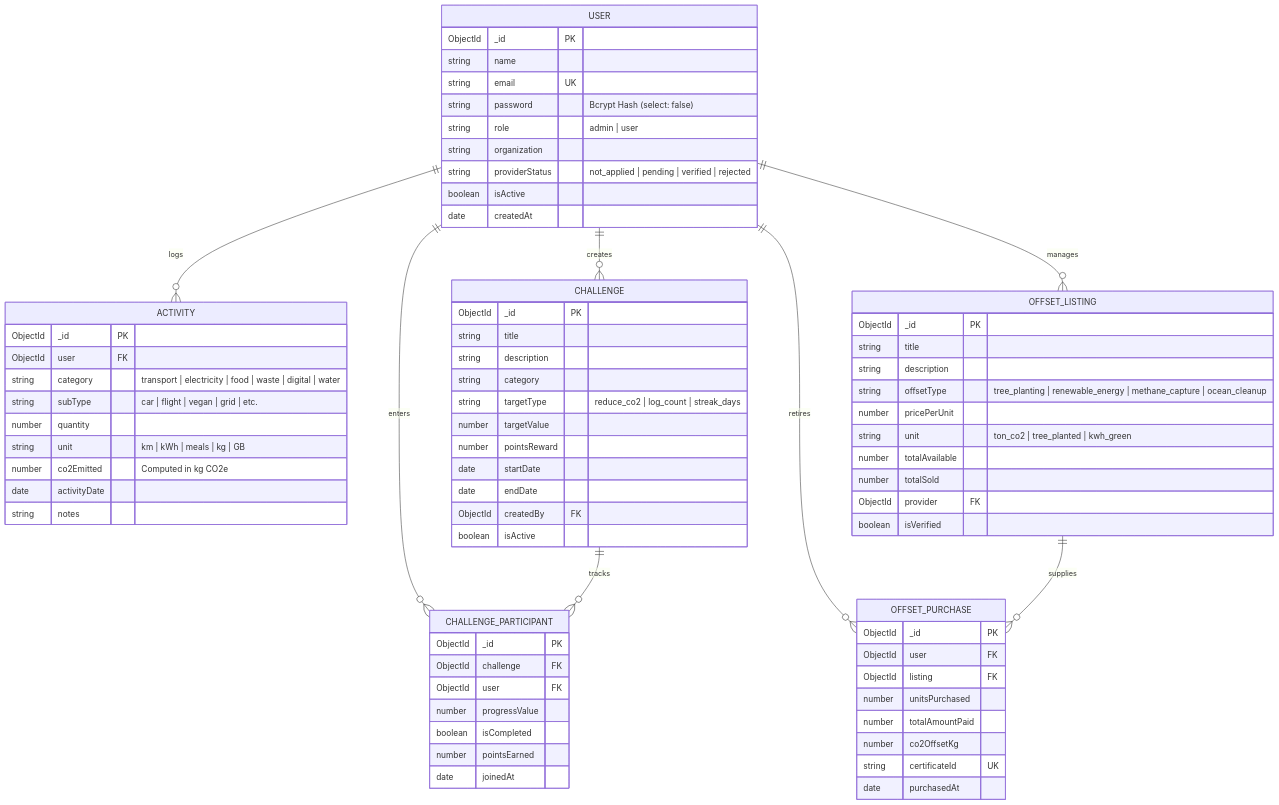
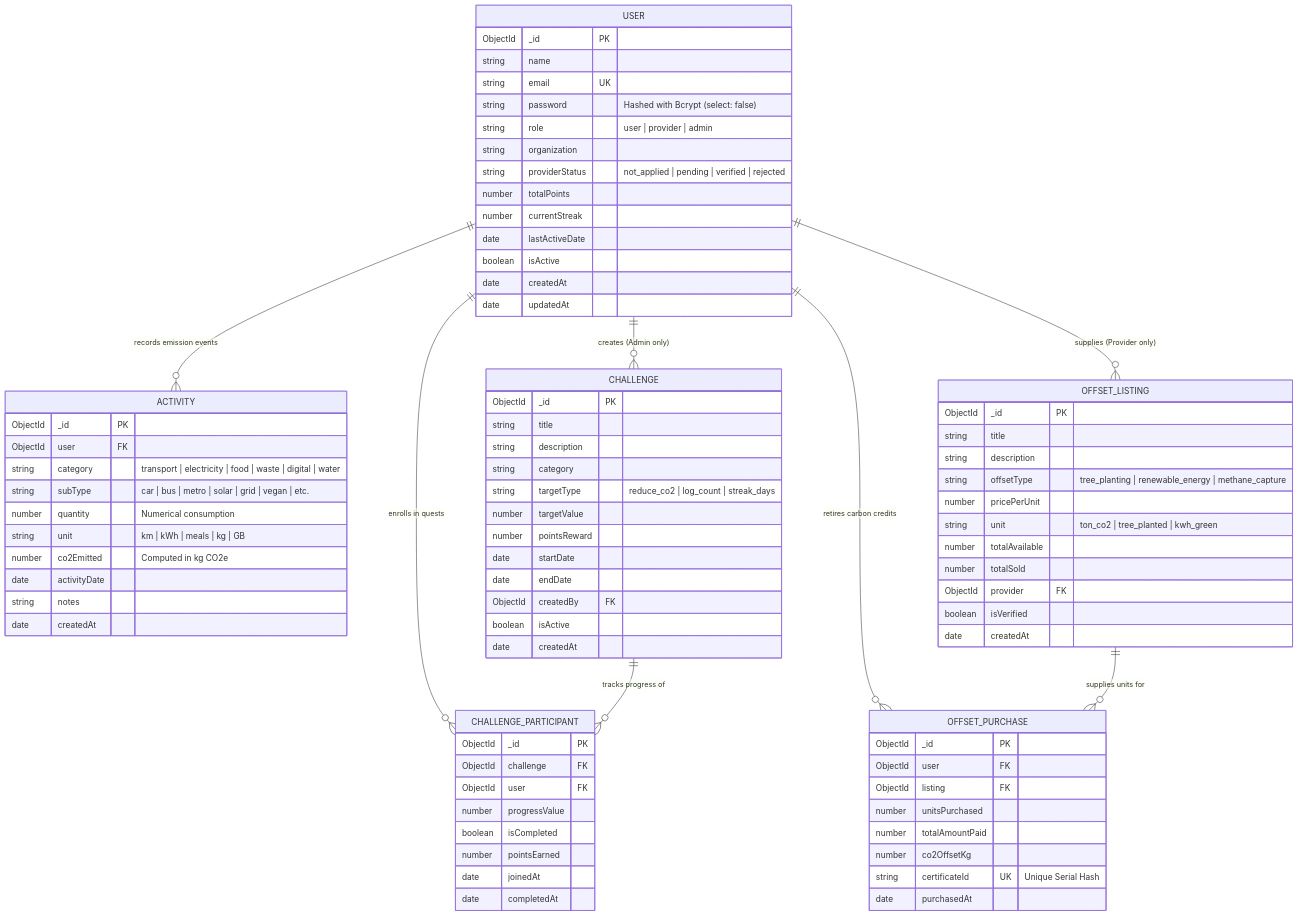
The second of 6 diagrams in PROJECT_REPORT.md (divakarpandey07/Carbon-Tracker), drawn with Mermaid before and after one commit. The commit also changed other lines of this file, not shown here.

````diff
--- a/PROJECT_REPORT.md
+++ b/PROJECT_REPORT.md
@@ -256,35 +694,40 @@
 ```mermaid
 erDiagram
-    USER ||--o{ ACTIVITY : logs
-    USER ||--o{ CHALLENGE_PARTICIPANT : enters
-    USER ||--o{ OFFSET_PURCHASE : retires
-    USER ||--o{ CHALLENGE : creates
-    CHALLENGE ||--o{ CHALLENGE_PARTICIPANT : tracks
-    OFFSET_LISTING ||--o{ OFFSET_PURCHASE : supplies
-    USER ||--o{ OFFSET_LISTING : manages
+    USER ||--o{ ACTIVITY : "records emission events"
+    USER ||--o{ CHALLENGE_PARTICIPANT : "enrolls in quests"
+    USER ||--o{ OFFSET_PURCHASE : "retires carbon credits"
+    USER ||--o{ CHALLENGE : "creates (Admin only)"
+    USER ||--o{ OFFSET_LISTING : "supplies (Provider only)"
+    CHALLENGE ||--o{ CHALLENGE_PARTICIPANT : "tracks progress of"
+    OFFSET_LISTING ||--o{ OFFSET_PURCHASE : "supplies units for"
 
     USER {
         ObjectId _id PK
         string name
         string email UK
-        string password "Bcrypt Hash (select: false)"
-        string role "admin | user"
+        string password "Hashed with Bcrypt (select: false)"
+        string role "user | provider | admin"
         string organization
         string providerStatus "not_applied | pending | verified | rejected"
+        number totalPoints
+        number currentStreak
+        date lastActiveDate
         boolean isActive
         date createdAt
+        date updatedAt
     }
 
     ACTIVITY {
         ObjectId _id PK
         ObjectId user FK
         string category "transport | electricity | food | waste | digital | water"
-        string subType "car | flight | vegan | grid | etc."
-        number quantity
+        string subType "car | bus | metro | solar | grid | vegan | etc."
+        number quantity "Numerical consumption"
         string unit "km | kWh | meals | kg | GB"
         number co2Emitted "Computed in kg CO2e"
         date activityDate
         string notes
+        date createdAt
     }
 
     CHALLENGE {
@@ -299,6 +742,7 @@
         date endDate
         ObjectId createdBy FK
         boolean isActive
+        date createdAt
     }
 
     CHALLENGE_PARTICIPANT {
@@ -309,19 +753,21 @@
         boolean isCompleted
         number pointsEarned
         date joinedAt
+        date completedAt
     }
 
     OFFSET_LISTING {
         ObjectId _id PK
         string title
         string description
-        string offsetType "tree_planting | renewable_energy | methane_capture | ocean_cleanup"
+        string offsetType "tree_planting | renewable_energy | methane_capture"
         number pricePerUnit
         string unit "ton_co2 | tree_planted | kwh_green"
         number totalAvailable
         number totalSold
         ObjectId provider FK
         boolean isVerified
+        date createdAt
     }
 
     OFFSET_PURCHASE {
@@ -331,7 +777,7 @@
         number unitsPurchased
         number totalAmountPaid
         number co2OffsetKg
-        string certificateId UK
+        string certificateId UK "Unique Serial Hash"
         date purchasedAt
     }
 ```
````
